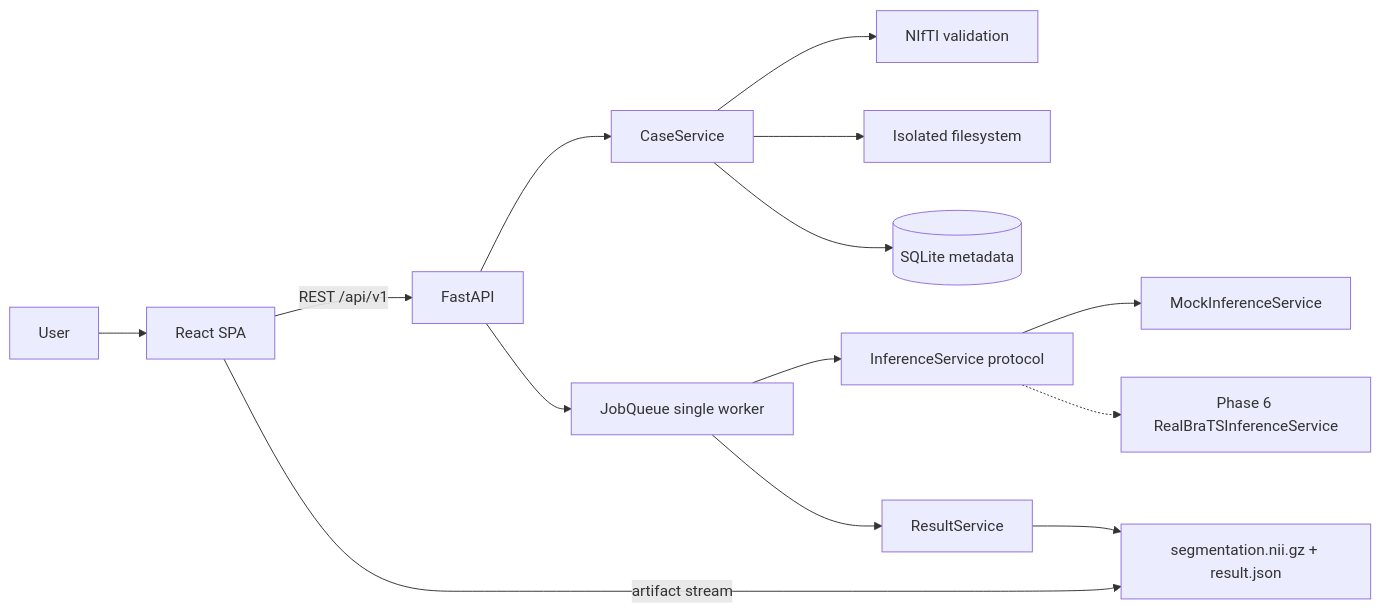
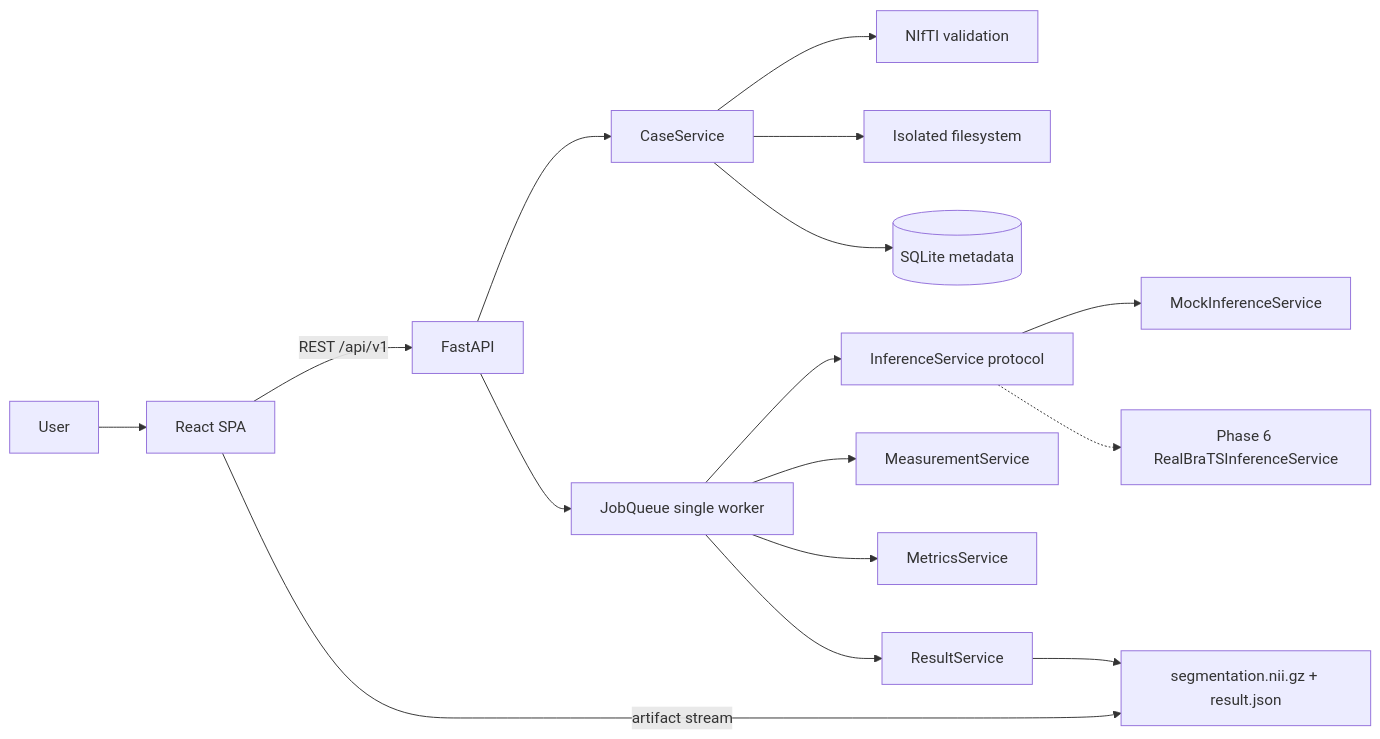
Before and after one commit to JAGADISHSUNILPEDNEKAR/Medical_Tumor_Segmentation-Tumor_Detection: the diagram in ARCHITECTURE.md, drawn with Mermaid. The commit also changed other lines of this file and 1 other file, not shown here.

First line of the commit message:
docs: document Phase 5 measurements, evaluation metrics, and report architecture

````diff
--- a/ARCHITECTURE.md
+++ b/ARCHITECTURE.md
@@ -13,16 +14,18 @@
 ```mermaid
 flowchart LR
     User[User] --> FE[React SPA]
     FE -->|REST /api/v1| BE[FastAPI]
     BE --> Cases[CaseService]
     Cases --> Val[NIfTI validation]
     Cases --> Store[Isolated filesystem]
     Cases --> DB[(SQLite metadata)]
     BE --> Queue[JobQueue single worker]
     Queue --> Inf[InferenceService protocol]
     Inf --> Mock[MockInferenceService]
     Inf -.-> Real[Phase 6 RealBraTSInferenceService]
+    Queue --> Measure[MeasurementService]
+    Queue --> Metrics[MetricsService]
     Queue --> Res[ResultService]
     Res --> Artifacts[segmentation.nii.gz + result.json]
     FE -->|artifact stream| Artifacts
 ```
````
